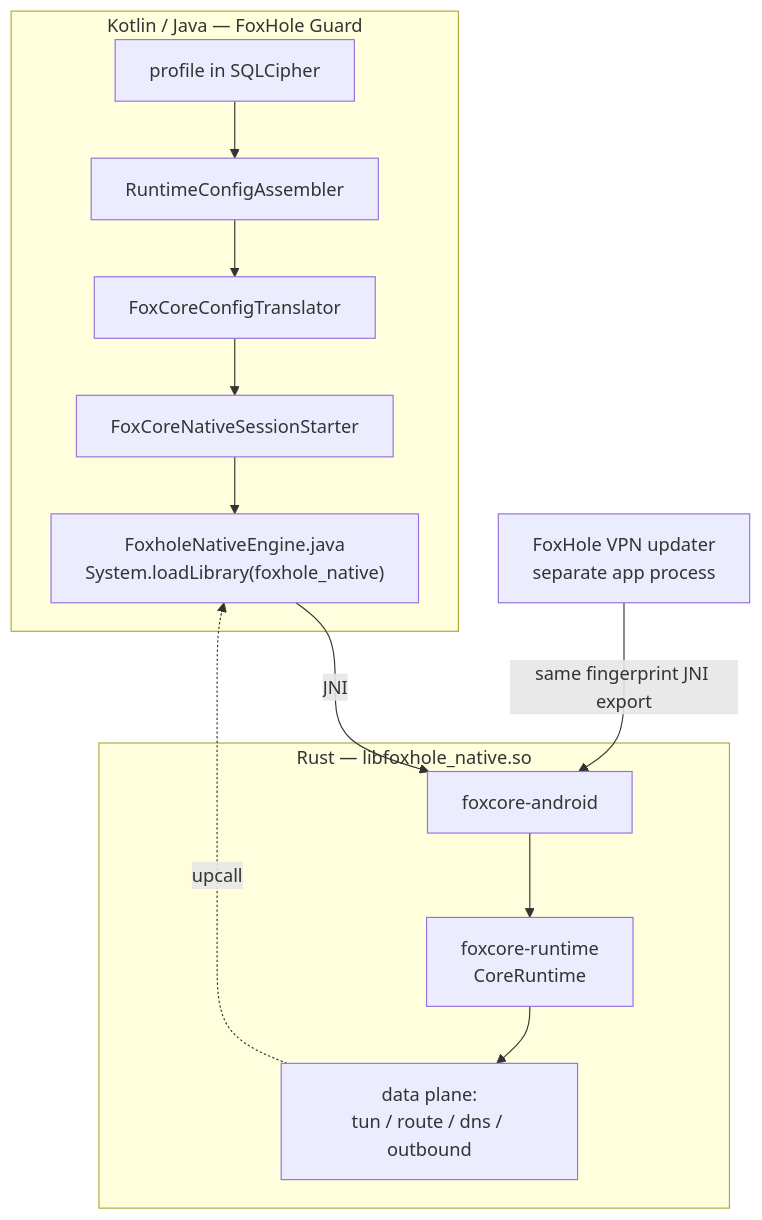
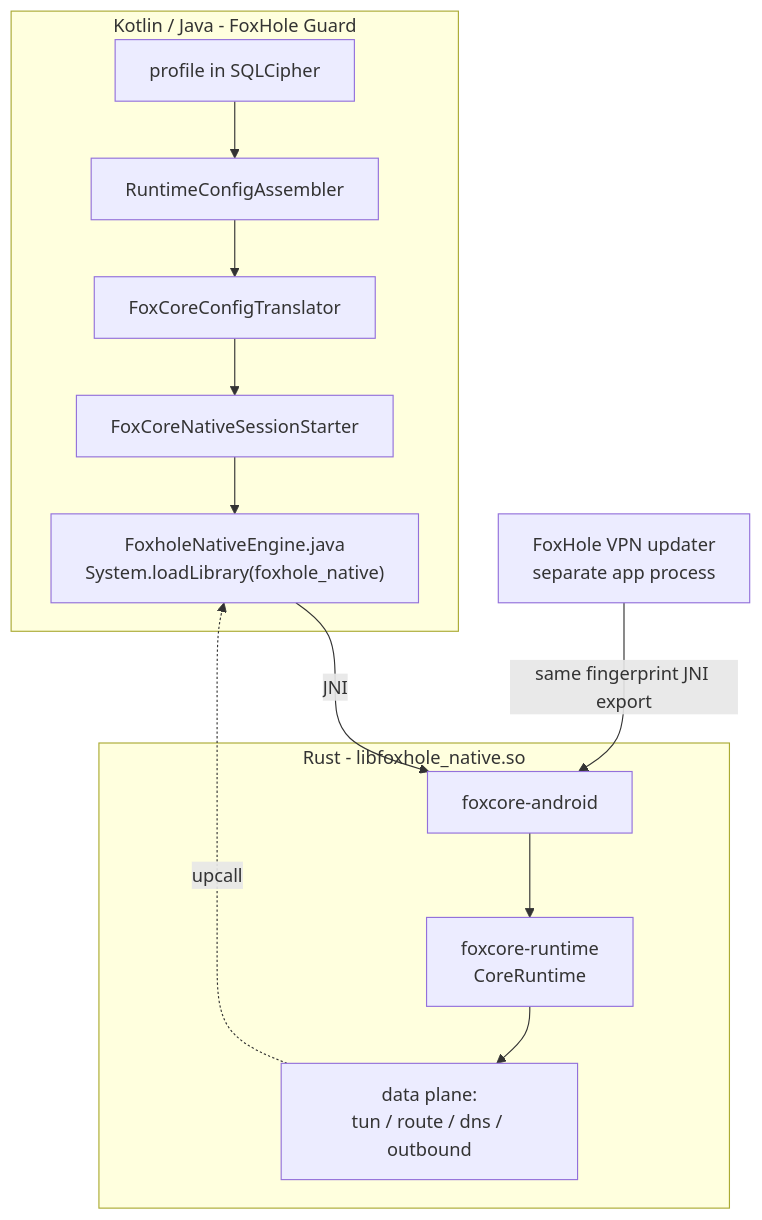
Before and after one commit to foxhole-team/foxhole-core: the first of 9 diagrams in docs/architecture/04-app-core-boundary.md, drawn with Mermaid. The commit also changed other lines of this file and 51 other files, not shown here.

First line of the commit message:
Release FoxHole Core 1.0.2

````diff
--- a/docs/architecture/04-app-core-boundary.md
+++ b/docs/architecture/04-app-core-boundary.md
@@ -18,16 +18,16 @@
 ```mermaid
 flowchart TD
-    subgraph kt["Kotlin / Java — FoxHole Guard"]
+    subgraph kt["Kotlin / Java - FoxHole Guard"]
         P["profile in SQLCipher"] --> A["RuntimeConfigAssembler"]
         A --> T["FoxCoreConfigTranslator"]
         T --> S["FoxCoreNativeSessionStarter"]
         S --> J["FoxholeNativeEngine.java<br/>System.loadLibrary(foxhole_native)"]
     end
-    subgraph rs["Rust — libfoxhole_native.so"]
+    subgraph rs["Rust - libfoxhole_native.so"]
         J -->|JNI| AN["foxcore-android"]
         AN --> RU["foxcore-runtime<br/>CoreRuntime"]
         RU --> DP["data plane:<br/>tun / route / dns / outbound"]
     end
     DP -.->|upcall| J
     VPN["FoxHole VPN updater<br/>separate app process"] -->|"same fingerprint JNI export"| AN
 ```
````
